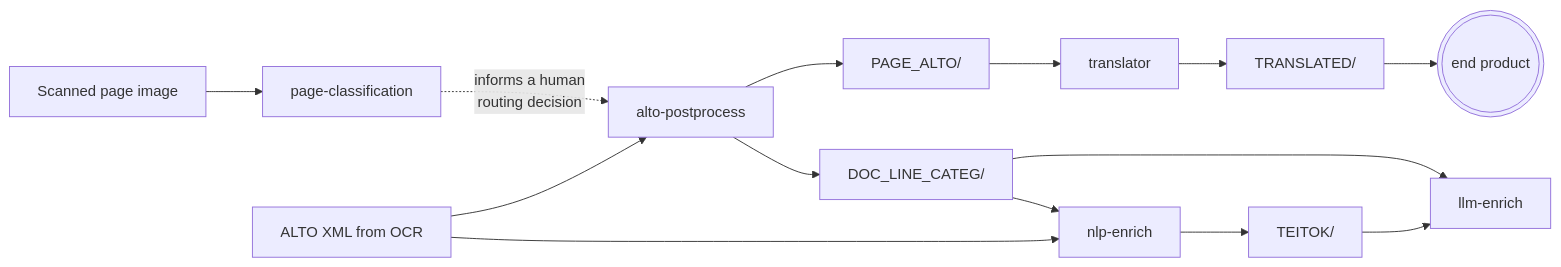
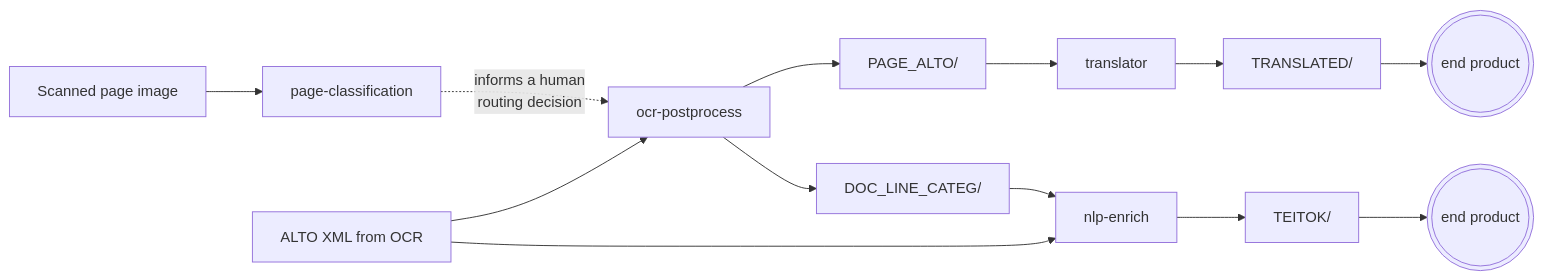
The first of 2 diagrams in docs_site/pipelines.md (ufal/atrium-project), drawn with Mermaid before and after one commit. The commit also changed other lines of this file and 69 other files, not shown here.

````diff
--- a/docs_site/pipelines.md
+++ b/docs_site/pipelines.md
@@ -65,16 +66,15 @@
 ```mermaid
 flowchart LR
   SCAN[Scanned page image] --> PC[page-classification]
-  PC -. informs a human<br/>routing decision .-> ALTO[alto-postprocess]
+  PC -. informs a human<br/>routing decision .-> ALTO[ocr-postprocess]
   OCR[ALTO XML from OCR] --> ALTO
   ALTO --> PA[PAGE_ALTO/]
   ALTO --> DLC[DOC_LINE_CATEG/]
   PA --> TR[translator]
   TR --> TXL[TRANSLATED/]
   TXL --> END(((end product)))
   DLC --> NLP[nlp-enrich]
   OCR --> NLP
-  DLC --> LLM[llm-enrich]
   NLP --> TT[TEITOK/]
-  TT --> LLM
+  TT --> END2(((end product)))
 ```
````
